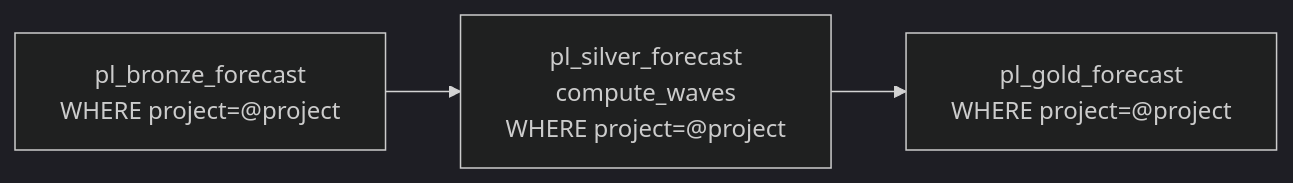
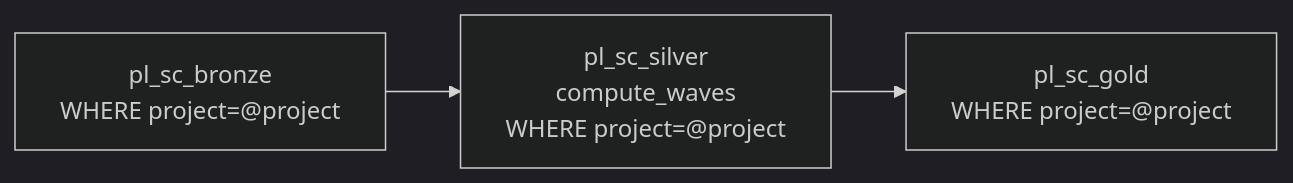
Before and after one commit to ankinguyen-engineer-2002/Fabric-v9-Warehouse-Medallion: the fourth of 8 diagrams in Fabric_Architect/multi_mart_scale_architecture.md, drawn with Mermaid (dark theme). The commit also changed other lines of this file and 13 other files, not shown here.

First line of the commit message:
Multi-mart architecture: full doc overhaul — 14 files, 7 pipelines

````diff
--- a/Fabric_Architect/multi_mart_scale_architecture.md
+++ b/Fabric_Architect/multi_mart_scale_architecture.md
@@ -110,7 +110,7 @@
 ```mermaid
 flowchart LR
-    B["pl_bronze_forecast\nWHERE project=@project"]
-    S["pl_silver_forecast\ncompute_waves\nWHERE project=@project"]
-    G["pl_gold_forecast\nWHERE project=@project"]
+    B["pl_sc_bronze\nWHERE project=@project"]
+    S["pl_sc_silver\ncompute_waves\nWHERE project=@project"]
+    G["pl_sc_gold\nWHERE project=@project"]
     B --> S --> G
 ```
````
